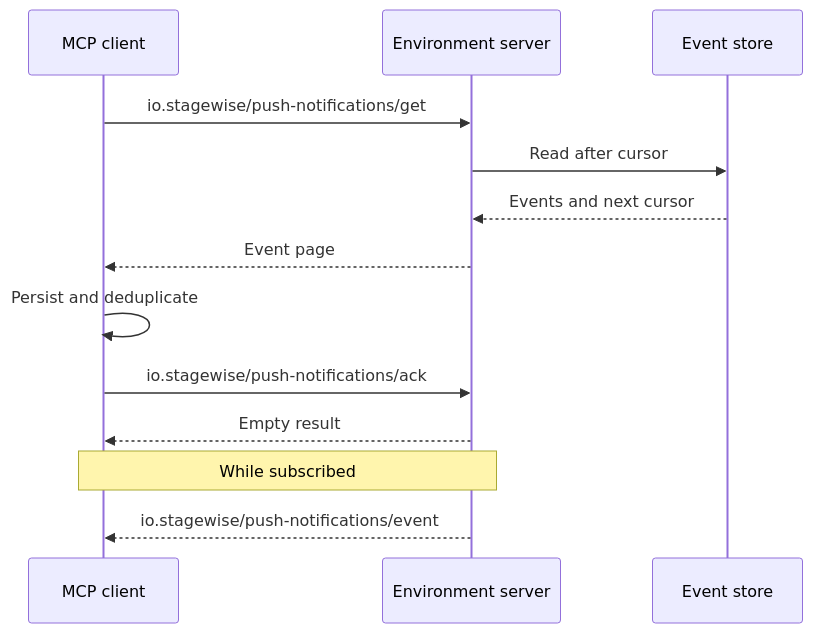
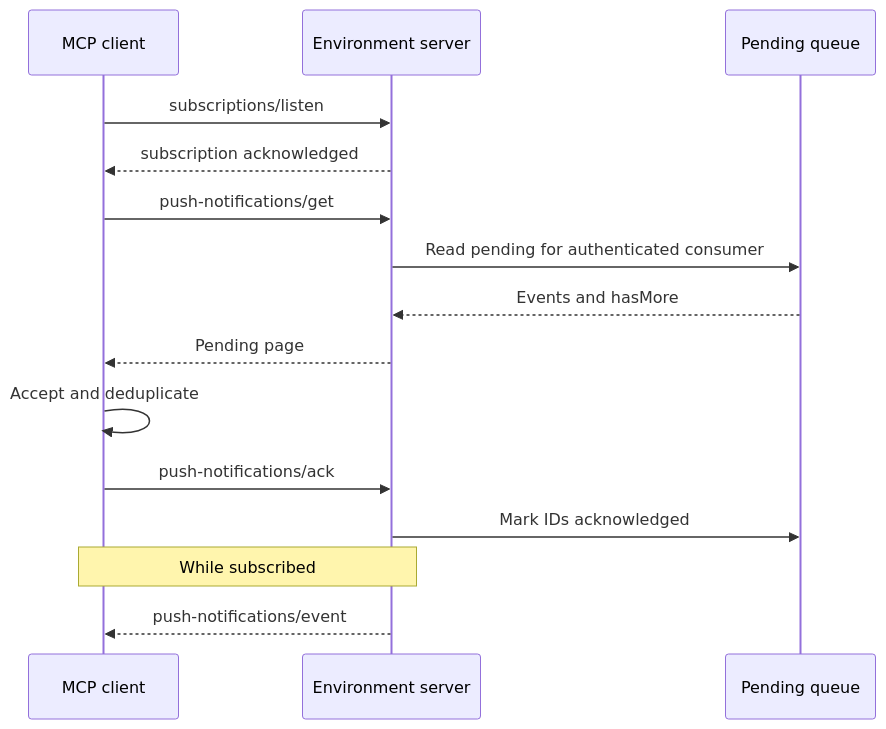
One commit to stagewise-io/klex changed the diagram in packages/mcp-extension-push-notifications/index.md. Above: the diagram before and after it, drawn with Mermaid. The commit also changed other lines of this file and 25 other files, not shown here.

Commit message:
refactor(mcp-extension-push-notifications): remove cursor

````diff
--- a/packages/mcp-extension-push-notifications/index.md
+++ b/packages/mcp-extension-push-notifications/index.md
@@ -27,17 +23,19 @@
 ```mermaid
 sequenceDiagram
     participant Client as MCP client
     participant Server as Environment server
-    participant Store as Event store
+    participant Store as Pending queue
 
-    Client->>Server: io.stagewise/push-notifications/get
-    Server->>Store: Read after cursor
-    Store-->>Server: Events and next cursor
-    Server-->>Client: Event page
-    Client->>Client: Persist and deduplicate
-    Client->>Server: io.stagewise/push-notifications/ack
-    Server-->>Client: Empty result
+    Client->>Server: subscriptions/listen
+    Server-->>Client: subscription acknowledged
+    Client->>Server: push-notifications/get
+    Server->>Store: Read pending for authenticated consumer
+    Store-->>Server: Events and hasMore
+    Server-->>Client: Pending page
+    Client->>Client: Accept and deduplicate
+    Client->>Server: push-notifications/ack
+    Server->>Store: Mark IDs acknowledged
 
     Note over Client,Server: While subscribed
-    Server-->>Client: io.stagewise/push-notifications/event
+    Server-->>Client: push-notifications/event
 ```
````
